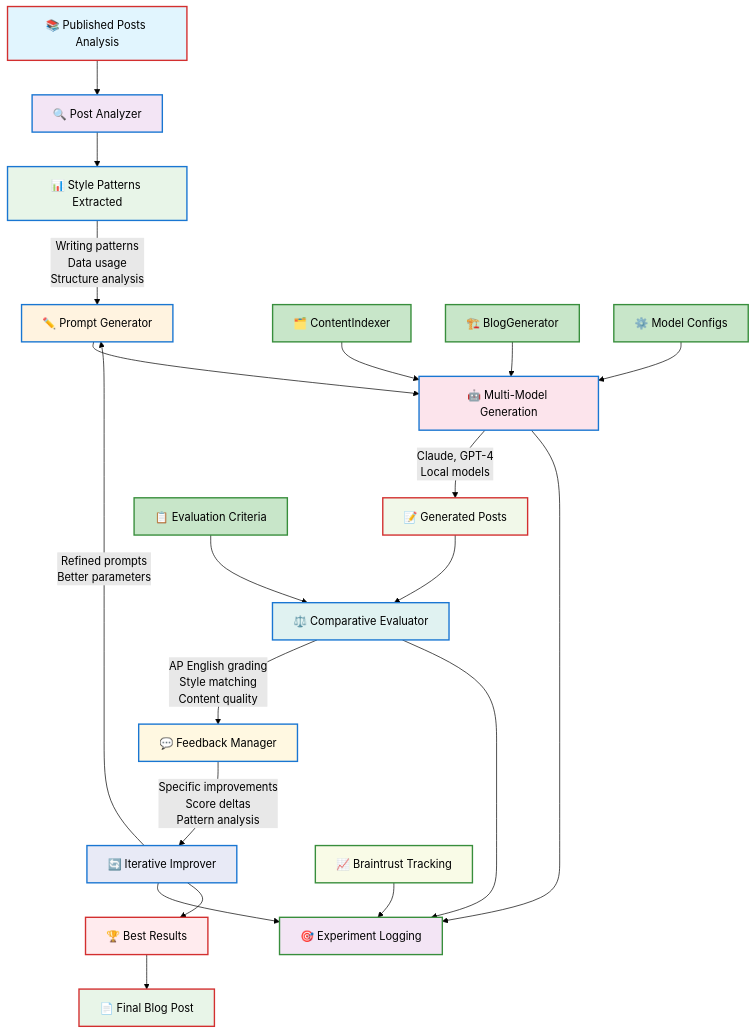
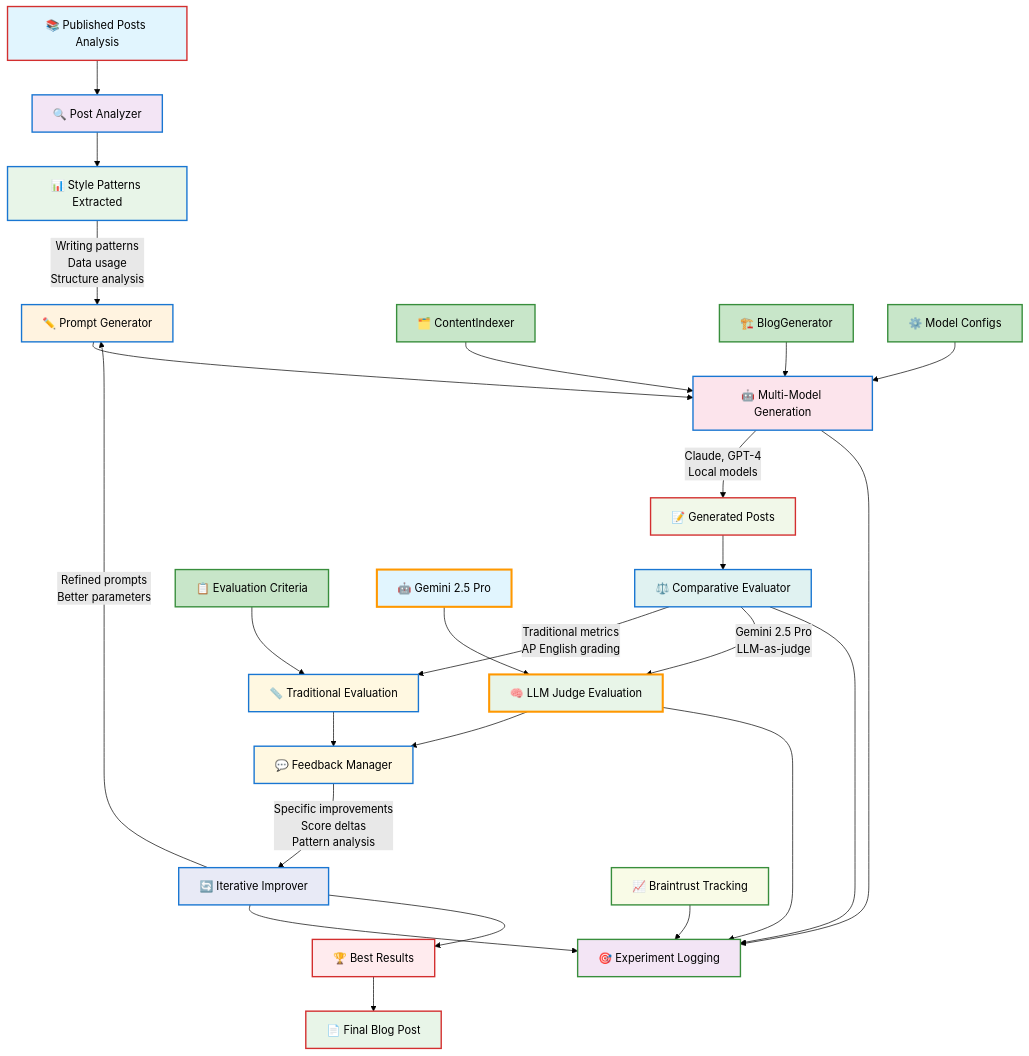
Before and after one commit to ttunguz/evo_blog_public: the diagram in iterative_improvement_flow.mmd, drawn with Mermaid (forest theme). The commit also changed 25 other files, not shown here.

First line of the commit message:
Add LLM-as-judge evaluation with optimized system prompts

```diff
--- a/iterative_improvement_flow.mmd
+++ b/iterative_improvement_flow.mmd
@@ -1,50 +1,60 @@
 graph TD
     A[📚 Published Posts Analysis] --> B[🔍 Post Analyzer]
     B --> C[📊 Style Patterns Extracted]
     C --> |"Writing patterns<br/>Data usage<br/>Structure analysis"| D[✏️ Prompt Generator]
     
     D --> E[🤖 Multi-Model Generation]
     E --> |"Claude, GPT-4<br/>Local models"| F[📝 Generated Posts]
     
     F --> G[⚖️ Comparative Evaluator]
-    G --> |"AP English grading<br/>Style matching<br/>Content quality"| H[💬 Feedback Manager]
+    G --> |"Traditional metrics<br/>AP English grading"| H1[📏 Traditional Evaluation]
+    G --> |"Gemini 2.5 Pro<br/>LLM-as-judge"| H2[🧠 LLM Judge Evaluation]
     
+    H1 --> H[💬 Feedback Manager]
+    H2 --> H
     H --> |"Specific improvements<br/>Score deltas<br/>Pattern analysis"| I[🔄 Iterative Improver]
     
     I --> |"Refined prompts<br/>Better parameters"| D
     
     J[📈 Braintrust Tracking] --> K[🎯 Experiment Logging]
     E --> K
     G --> K
+    H2 --> K
     I --> K
     
     L[🗂️ ContentIndexer] --> E
     M[🏗️ BlogGenerator] --> E
     
-    N[📋 Evaluation Criteria] --> G
+    N[📋 Evaluation Criteria] --> H1
     O[⚙️ Model Configs] --> E
+    R[🤖 Gemini 2.5 Pro] --> H2
     
     P[🏆 Best Results] --> Q[📄 Final Blog Post]
     I --> P
     
     style A fill:#e1f5fe
     style B fill:#f3e5f5
     style C fill:#e8f5e8
     style D fill:#fff3e0
     style E fill:#fce4ec
     style F fill:#f1f8e9
     style G fill:#e0f2f1
+    style H1 fill:#fff8e1
+    style H2 fill:#e8f5e8
     style H fill:#fff8e1
     style I fill:#e8eaf6
     style J fill:#f9fbe7
     style K fill:#f3e5f5
     style P fill:#ffebee
     style Q fill:#e8f5e8
+    style R fill:#e1f5fe
     
     classDef processNode fill:#bbdefb,stroke:#1976d2,stroke-width:2px
     classDef dataNode fill:#c8e6c9,stroke:#388e3c,stroke-width:2px
     classDef outputNode fill:#ffcdd2,stroke:#d32f2f,stroke-width:2px
+    classDef llmNode fill:#fff3e0,stroke:#ff9800,stroke-width:3px
     
     class A,F,P,Q outputNode
-    class B,C,D,E,G,H,I processNode
+    class B,C,D,E,G,H1,H,I processNode
     class J,K,L,M,N,O dataNode
+    class H2,R llmNode
```
